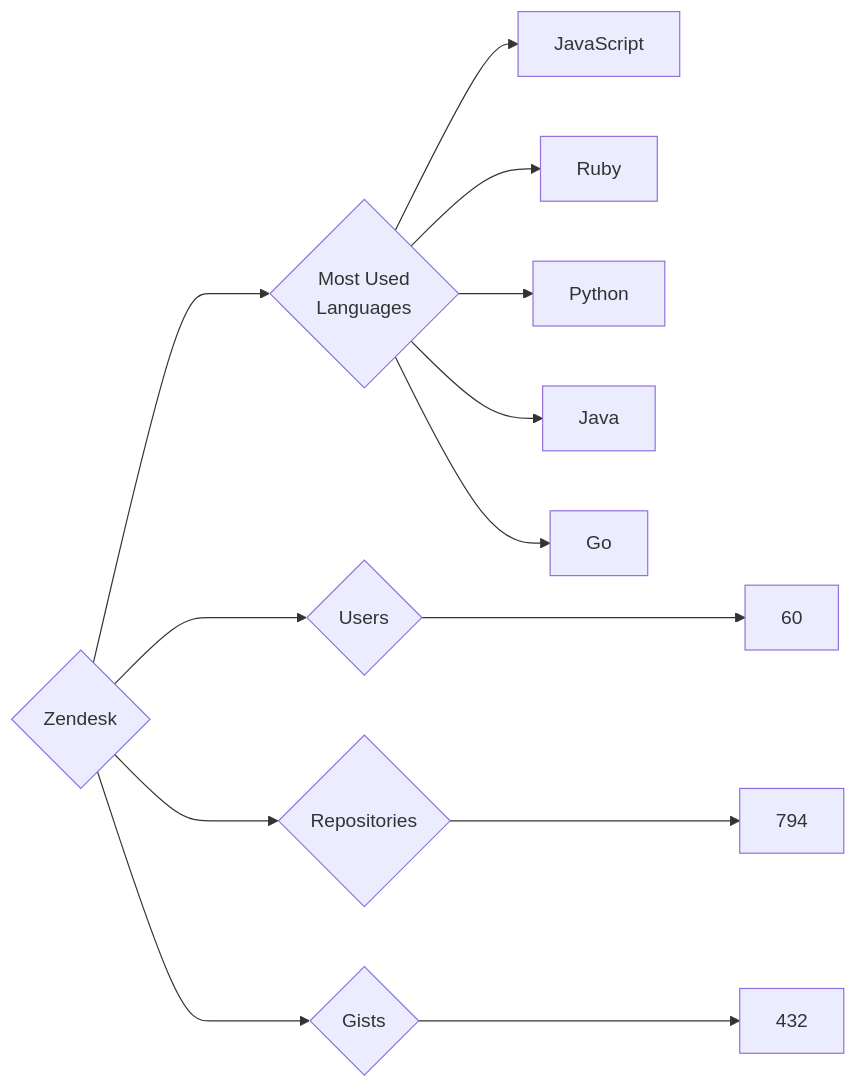
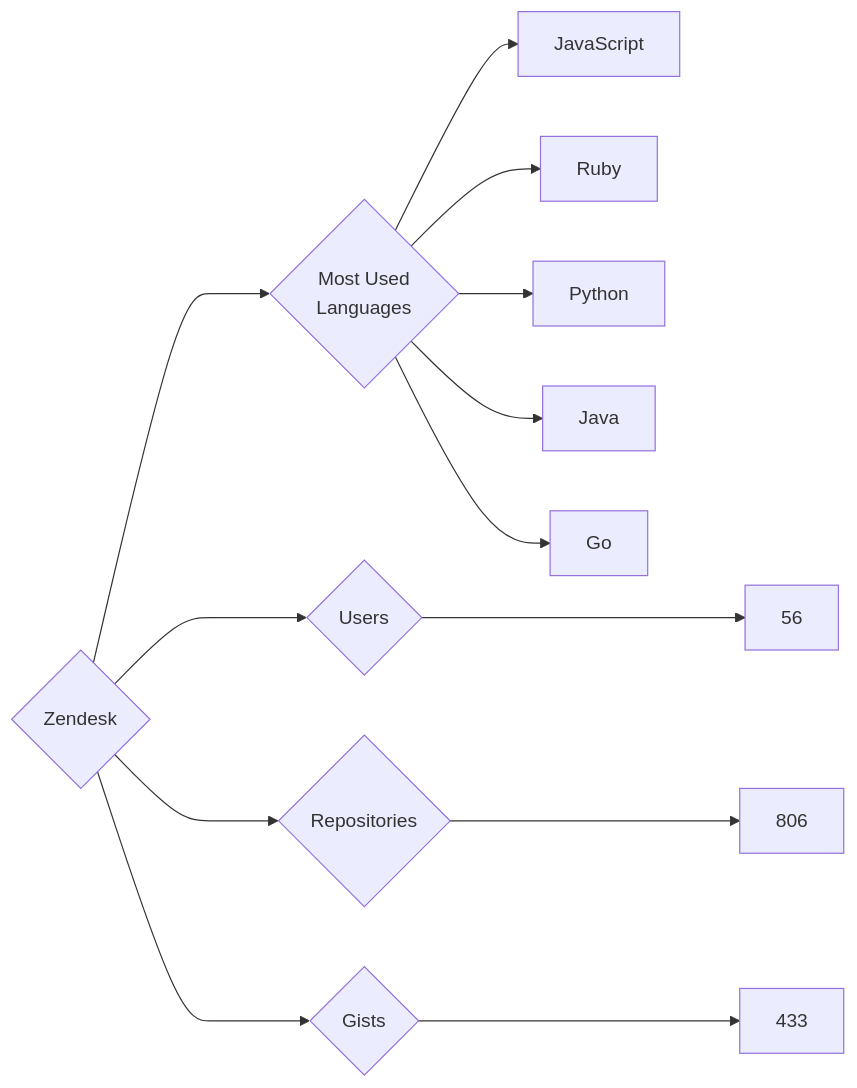
One commit to trickest/insiders changed the diagram in targets/Zendesk/README.md. Above: the diagram before and after it, drawn with Mermaid. The commit also changed 1248 other files, not shown here.

````diff
--- a/targets/Zendesk/README.md
+++ b/targets/Zendesk/README.md
@@ -3,13 +3,13 @@
 ```mermaid
 graph LR
 COMPANY_NAME{Zendesk}
-COMPANY_NAME ---> U{Users} ---> UN[60]
-COMPANY_NAME ---> R{Repositories} ---> RN[794]
-COMPANY_NAME ---> G{Gists} ---> GN[432]
+COMPANY_NAME ---> U{Users} ---> UN[56]
+COMPANY_NAME ---> R{Repositories} ---> RN[806]
+COMPANY_NAME ---> G{Gists} ---> GN[433]
 COMPANY_NAME ---> ML{Most Used<br>Languages}
 ML --> JavaScript[JavaScript]
 ML --> Ruby[Ruby]
 ML --> Python[Python]
 ML --> Java[Java]
 ML --> Go[Go]
 ```
````
